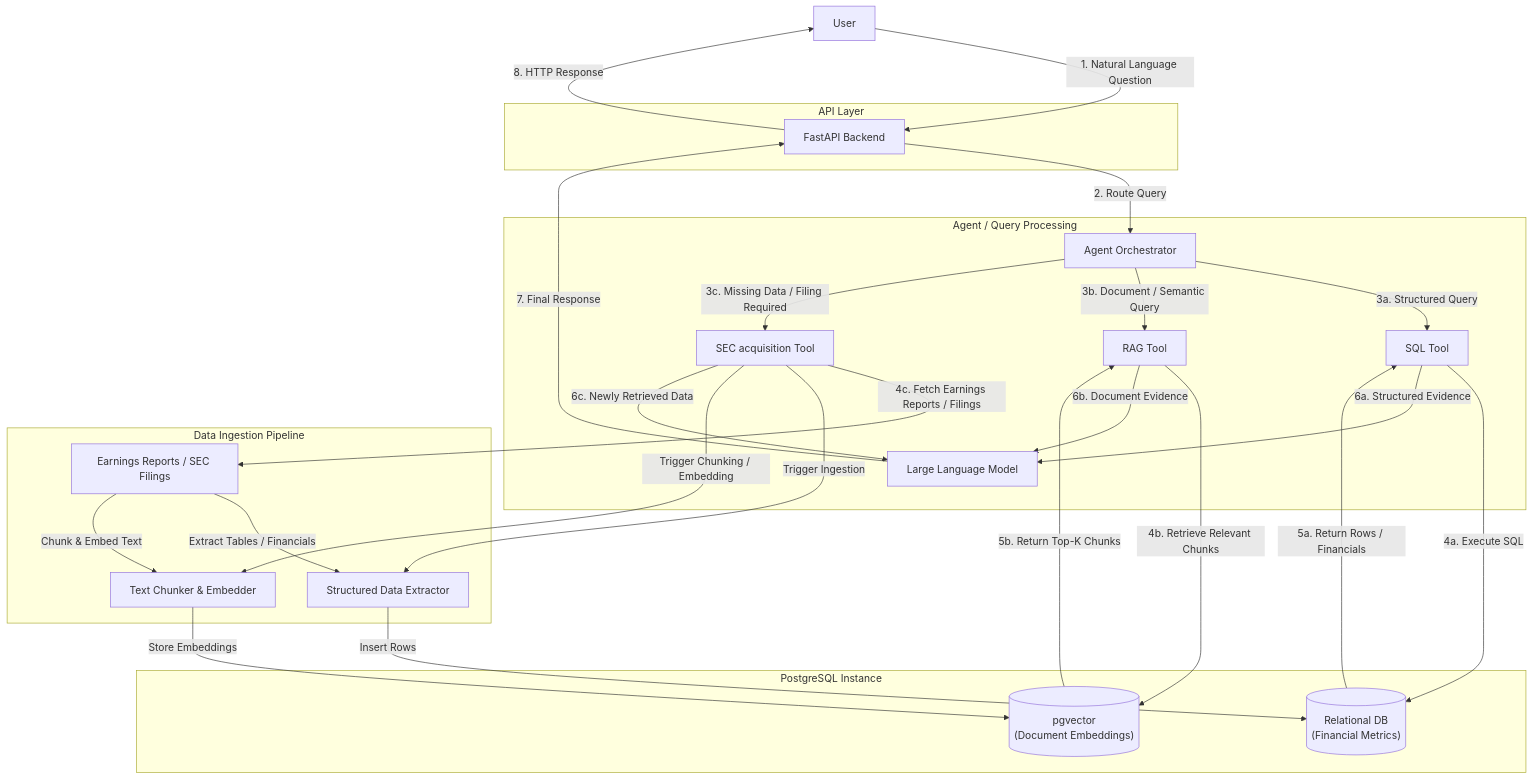
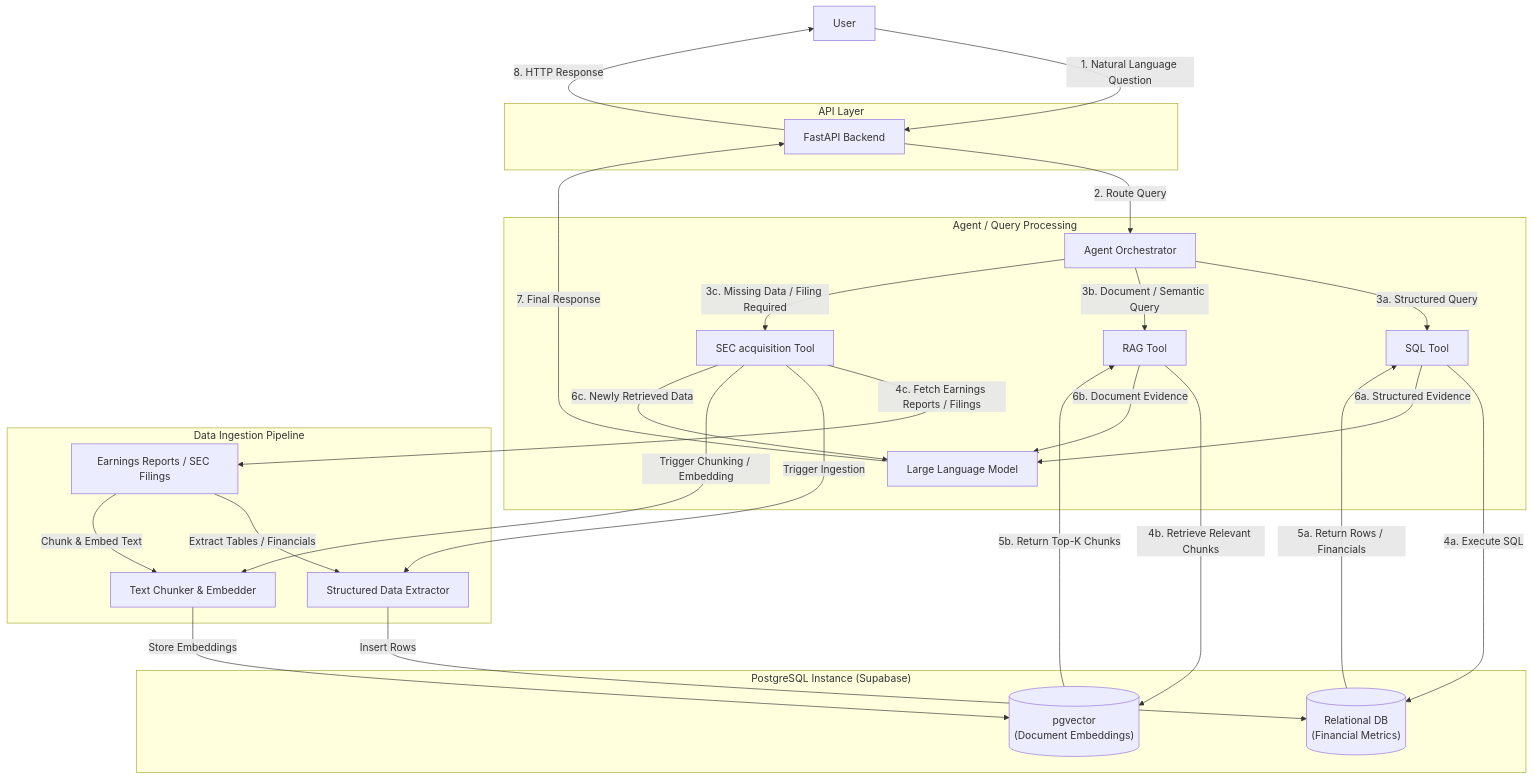
Before and after one commit to yucheng-fu/financial-data-agent: the diagram in docs/architecture.md, drawn with Mermaid. The commit also changed 20 other files, not shown here.

```diff
--- a/docs/architecture.md
+++ b/docs/architecture.md
@@ -40,7 +40,7 @@
         chunker["Text Chunker & Embedder"]
     end
 
-    subgraph Storage["PostgreSQL Instance"]
+    subgraph Storage["PostgreSQL Instance (Supabase)"]
         postgres[("Relational DB\n(Financial Metrics)")]
         pgvector[("pgvector\n(Document Embeddings)")]
     end
```
